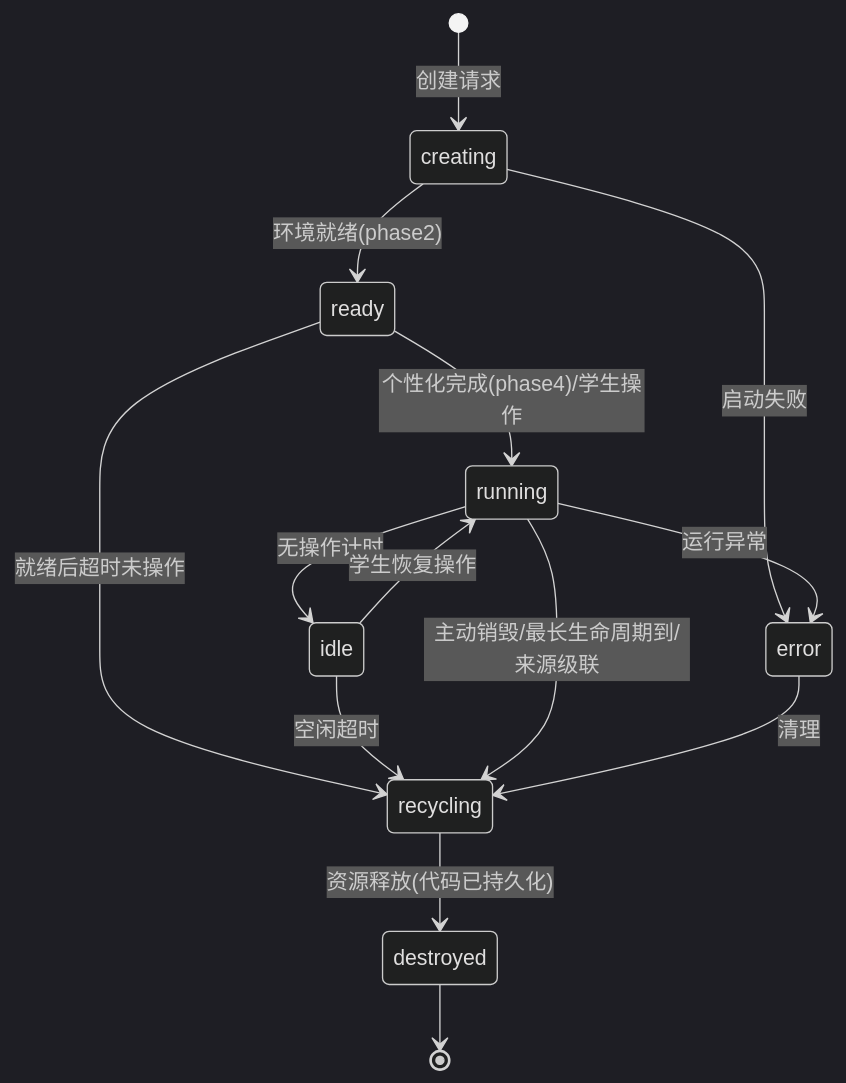
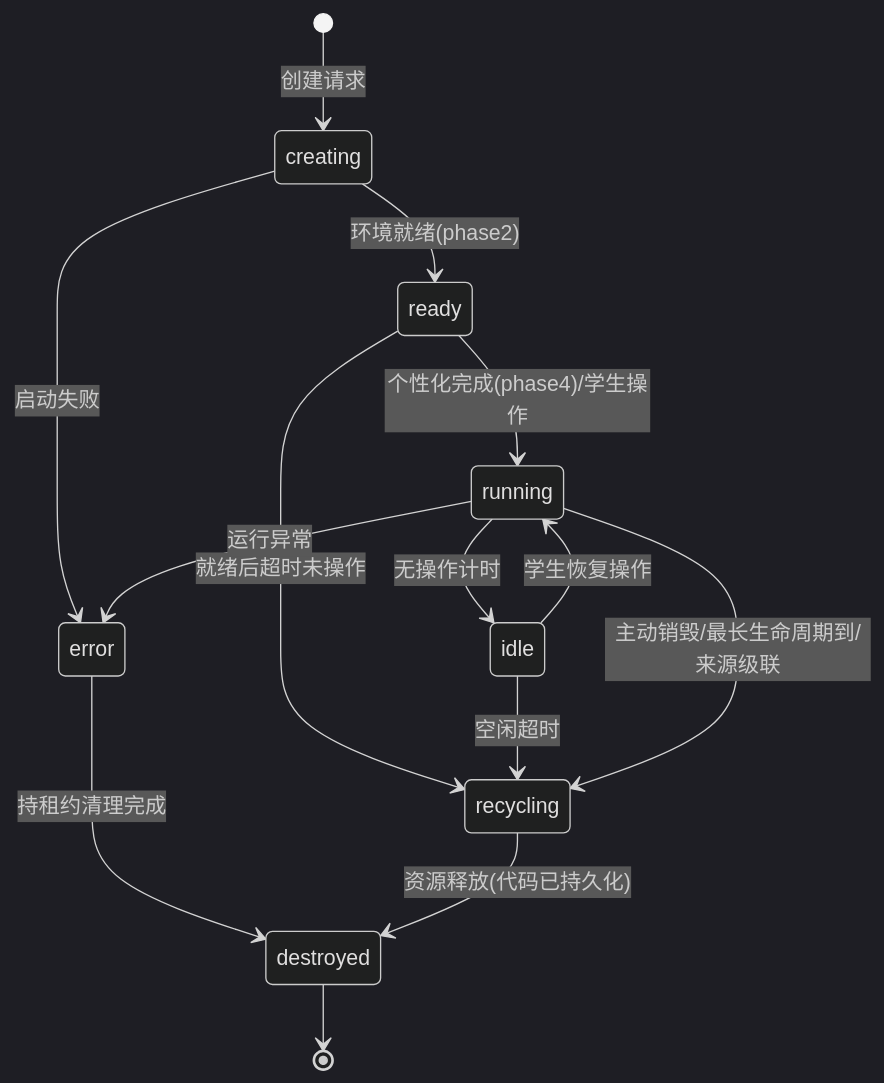
The second of 7 diagrams in docs/02-沙箱引擎/05-业务流程与状态机.md (menghuishisan/CHAIMIR), drawn with Mermaid (dark theme) before and after one commit. The commit also changed other lines of this file and 995 other files, not shown here.

````diff
--- a/docs/02-沙箱引擎/05-业务流程与状态机.md
+++ b/docs/02-沙箱引擎/05-业务流程与状态机.md
@@ -39,16 +50,16 @@
 ```mermaid
 stateDiagram-v2
     [*] --> creating: 创建请求
     creating --> ready: 环境就绪(phase2)
     ready --> running: 个性化完成(phase4)/学生操作
     ready --> recycling: 就绪后超时未操作
     running --> idle: 无操作计时
     idle --> running: 学生恢复操作
     idle --> recycling: 空闲超时
     running --> recycling: 主动销毁/最长生命周期到/来源级联
     creating --> error: 启动失败
     running --> error: 运行异常
-    error --> recycling: 清理
+    error --> destroyed: 持租约清理完成
     recycling --> destroyed: 资源释放(代码已持久化)
     destroyed --> [*]
 ```
````
